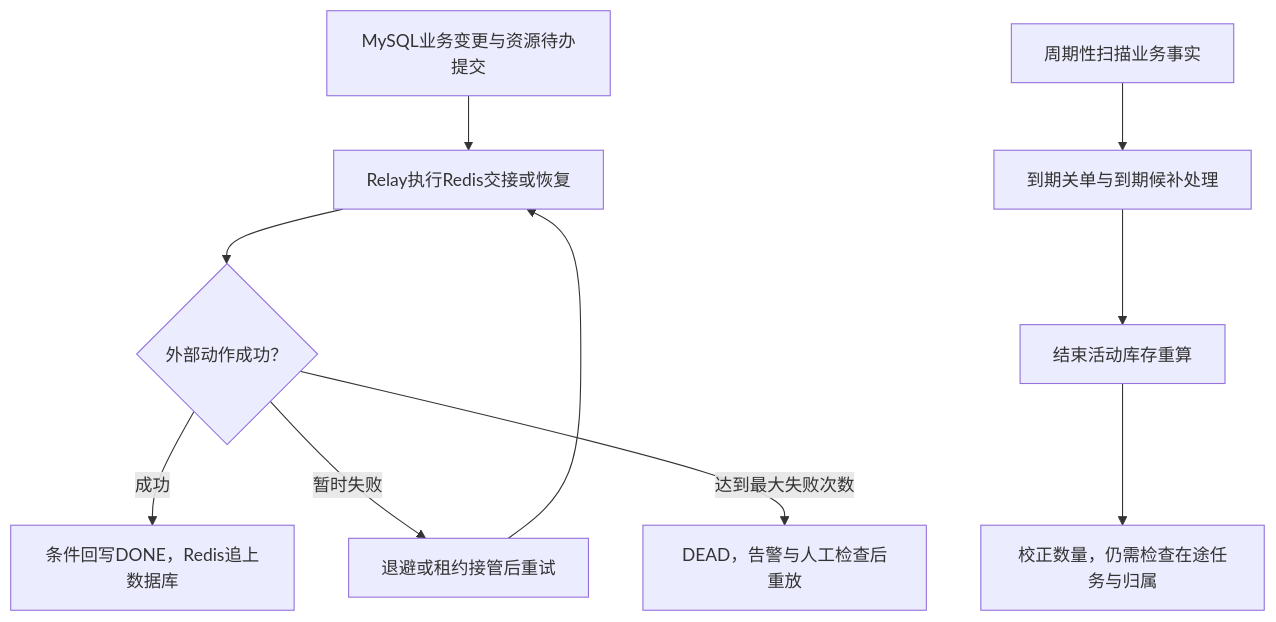
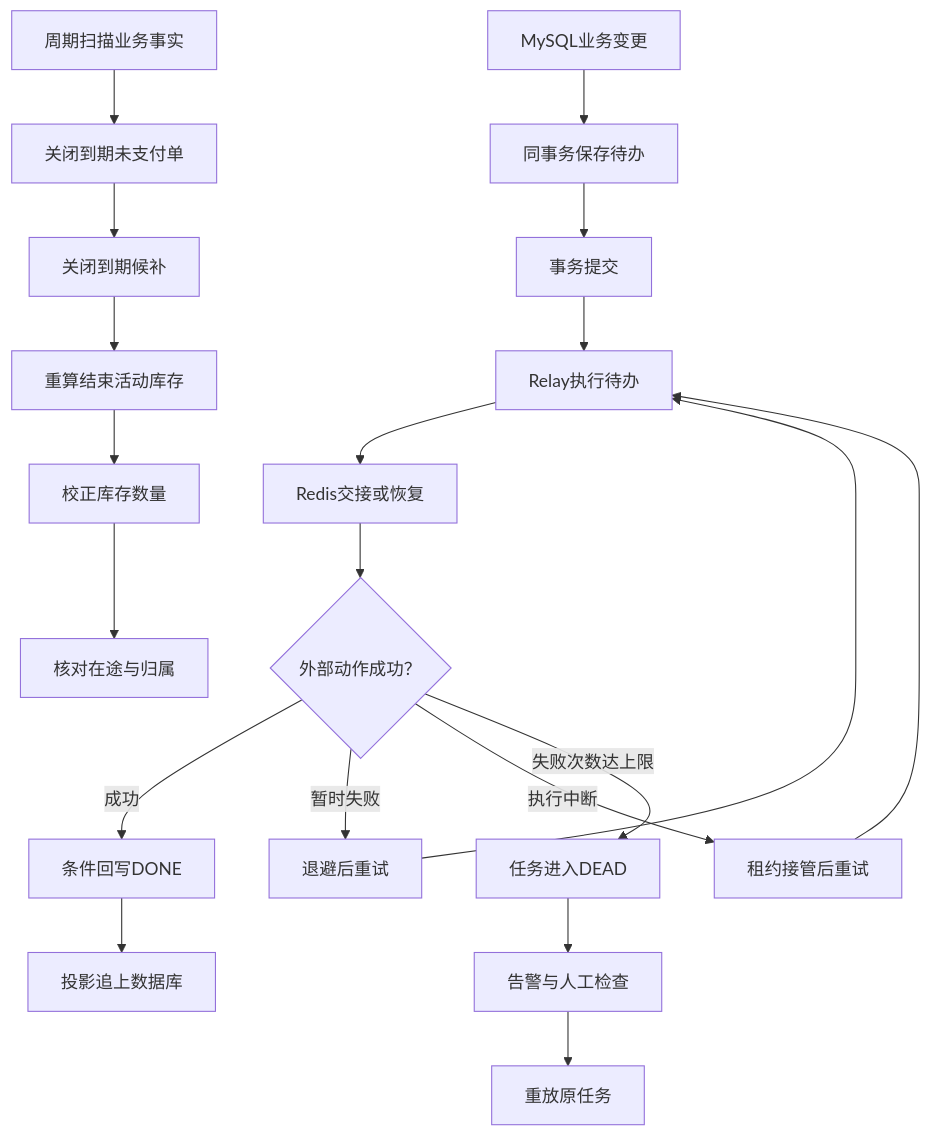
One commit to SyH-101/citypass-platform changed the fifth of 6 diagrams in 01-异步预约与候补调度.md. Above: the diagram before and after it, drawn with Mermaid. The commit also changed other lines of this file, not shown here.

Commit message:
docs: split long reservation flowchart labels to prevent clipping

````diff
--- a/01-异步预约与候补调度.md
+++ b/01-异步预约与候补调度.md
@@ -923,12 +940,22 @@
 ```mermaid
 flowchart TD
-    A["MySQL业务变更与资源待办提交"] --> B["Relay执行Redis交接或恢复"]
-    B --> C{"外部动作成功？"}
-    C -->|成功| D["条件回写DONE，Redis追上数据库"]
-    C -->|暂时失败| E["退避或租约接管后重试"]
+    A["MySQL业务变更"] --> A2["同事务保存待办"]
+    A2 --> A3["事务提交"]
+    A3 --> B["Relay执行待办"]
+    B --> B2["Redis交接或恢复"]
+    B2 --> C{"外部动作成功？"}
+    C -->|成功| D["条件回写DONE"]
+    D --> D2["投影追上数据库"]
+    C -->|暂时失败| E["退避后重试"]
     E --> B
-    C -->|达到最大失败次数| F["DEAD，告警与人工检查后重放"]
-    G["周期性扫描业务事实"] --> H["到期关单与到期候补处理"]
-    H --> I["结束活动库存重算"]
-    I --> J["校正数量，仍需检查在途任务与归属"]
+    C -->|执行中断| E2["租约接管后重试"]
+    E2 --> B
+    C -->|失败次数达上限| F["任务进入DEAD"]
+    F --> F2["告警与人工检查"]
+    F2 --> F3["重放原任务"]
+    G["周期扫描业务事实"] --> H["关闭到期未支付单"]
+    H --> H2["关闭到期候补"]
+    H2 --> I["重算结束活动库存"]
+    I --> J["校正库存数量"]
+    J --> J2["核对在途与归属"]
 ```
````
